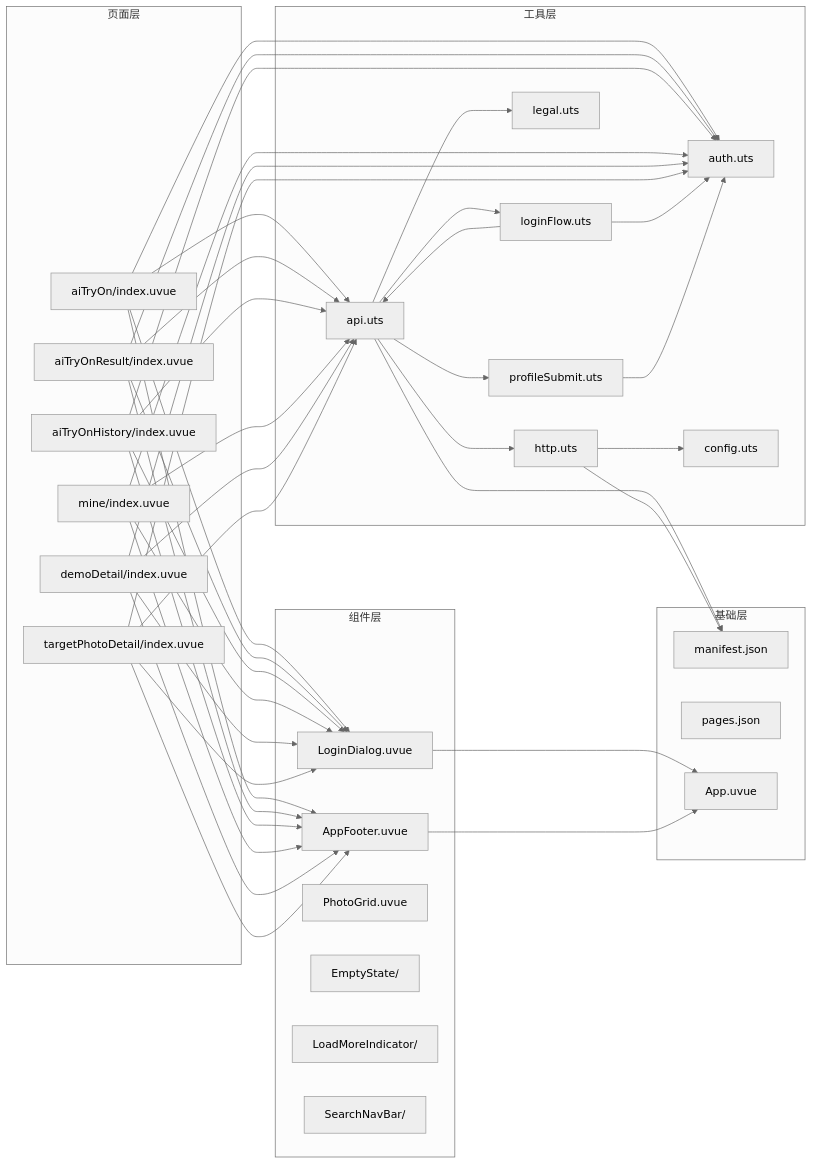
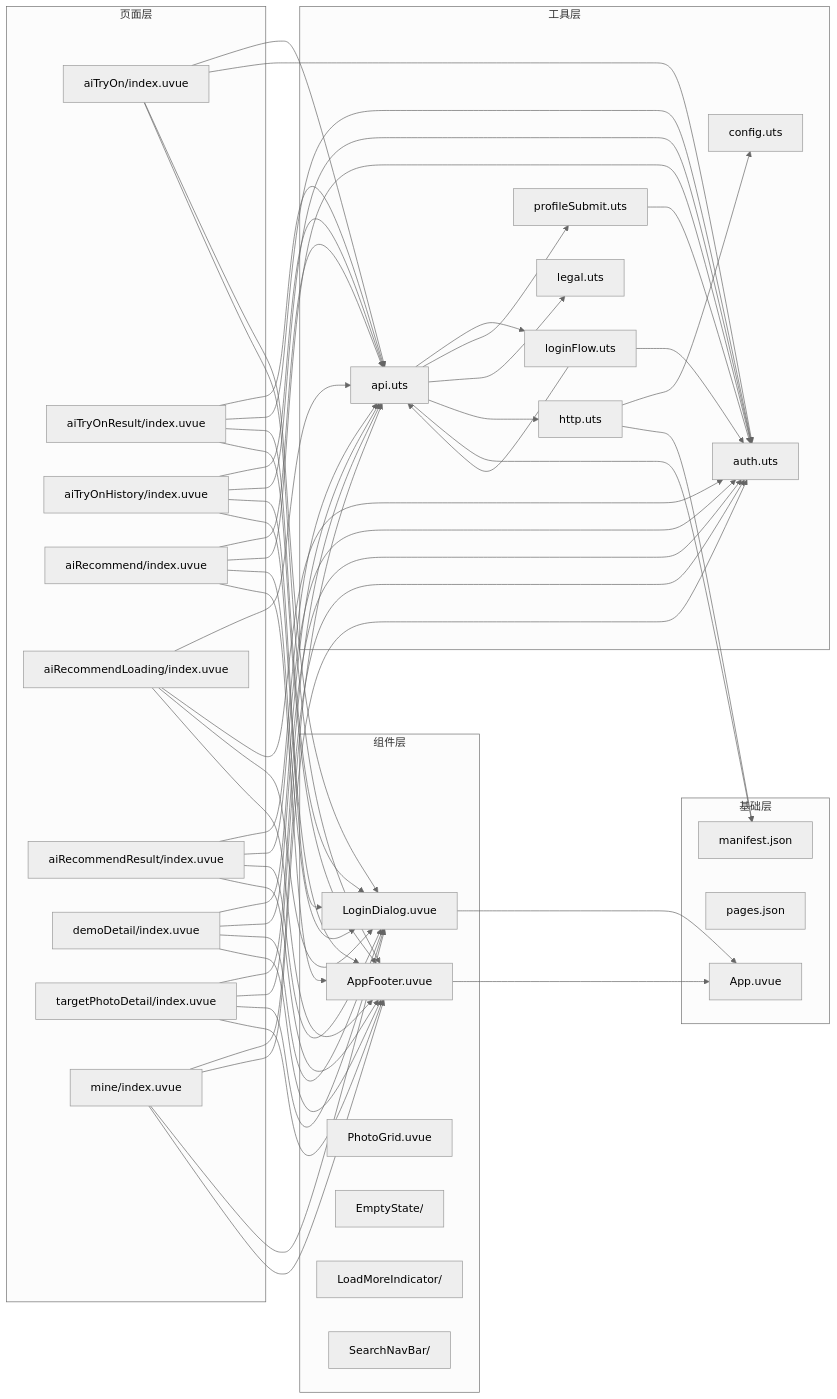
Before and after one commit to crazyma99/blueberry: diagram 22 of 22 in .qoder/repowiki/zh/content/核心功能模块/AI试衣功能.md, drawn with Mermaid (neutral theme). The commit also changed other lines of this file and 6 other files, not shown here.

````diff
--- a/.qoder/repowiki/zh/content/核心功能模块/AI试衣功能.md
+++ b/.qoder/repowiki/zh/content/核心功能模块/AI试衣功能.md
@@ -827,66 +1046,81 @@
 A[aiTryOn/index.uvue]
 B[aiTryOnResult/index.uvue]
 C[aiTryOnHistory/index.uvue]
-D[mine/index.uvue]
-E[demoDetail/index.uvue]
-F[targetPhotoDetail/index.uvue]
+D[aiRecommend/index.uvue]
+E[aiRecommendLoading/index.uvue]
+F[aiRecommendResult/index.uvue]
+G[demoDetail/index.uvue]
+H[targetPhotoDetail/index.uvue]
+I[mine/index.uvue]
 end
 subgraph "工具层"
-G[api.uts]
-H[auth.uts]
-I[http.uts]
-J[config.uts]
-K[loginFlow.uts]
-L[profileSubmit.uts]
-M[legal.uts]
+J[api.uts]
+K[auth.uts]
+L[http.uts]
+M[config.uts]
+N[loginFlow.uts]
+O[profileSubmit.uts]
+P[legal.uts]
 end
 subgraph "组件层"
-N[LoginDialog.uvue]
-O[AppFooter.uvue]
-P[PhotoGrid.uvue]
-Q[EmptyState/]
-R[LoadMoreIndicator/]
-S[SearchNavBar/]
+Q[LoginDialog.uvue]
+R[AppFooter.uvue]
+S[PhotoGrid.uvue]
+T[EmptyState/]
+U[LoadMoreIndicator/]
+V[SearchNavBar/]
 end
 subgraph "基础层"
-T[manifest.json]
-U[pages.json]
-V[App.uvue]
+W[manifest.json]
+X[pages.json]
+Y[App.uvue]
 end
-A --> G
-B --> G
-C --> G
-D --> G
-E --> G
-F --> G
-A --> H
-B --> H
-C --> H
-D --> H
-E --> H
-F --> H
+A --> J
+B --> J
+C --> J
+D --> J
+E --> J
+F --> J
+G --> J
+H --> J
+I --> J
+A --> K
+B --> K
+C --> K
+D --> K
+E --> K
+F --> K
 G --> K
-G --> L
-G --> M
-K --> H
-K --> G
-L --> H
-G --> I
-I --> J
-A --> N
-B --> N
-C --> N
-D --> N
-E --> N
-F --> N
-A --> O
-B --> O
-C --> O
-D --> O
-E --> O
-F --> O
-G --> T
-I --> T
-N --> V
-O --> V
+H --> K
+I --> K
+J --> N
+J --> O
+J --> P
+N --> K
+N --> J
+O --> K
+J --> L
+L --> M
+A --> Q
+B --> Q
+C --> Q
+D --> Q
+E --> Q
+F --> Q
+G --> Q
+H --> Q
+I --> Q
+A --> R
+B --> R
+C --> R
+D --> R
+E --> R
+F --> R
+G --> R
+H --> R
+I --> R
+J --> W
+L --> W
+Q --> Y
+R --> Y
 ```
````
